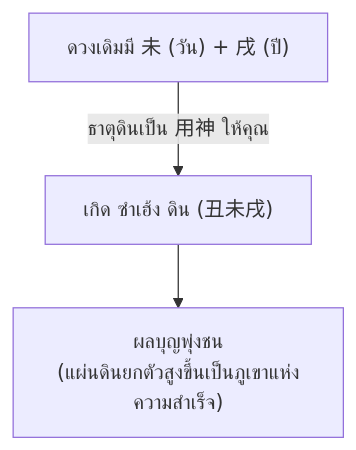
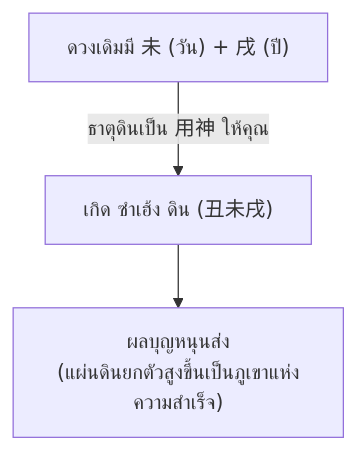
Before and after one commit to bumji-studio/BumjiOracle: the diagram in docs/bazi/case_studies/case_03_donald_trump.md, drawn with Mermaid. The commit also changed other lines of this file and 5 other files, not shown here.

````diff
--- a/docs/bazi/case_studies/case_03_donald_trump.md
+++ b/docs/bazi/case_studies/case_03_donald_trump.md
@@ -44,5 +44,5 @@
 ```mermaid
 graph TD
     A["ดวงเดิมมี 未 (วัน) + 戌 (ปี)"] -->|ธาตุดินเป็น 用神 ให้คุณ| B["เกิด ซำเฮ้ง ดิน (丑未戌)"]
-    B --> C["ผลบุญพุ่งชน<br/>(แผ่นดินยกตัวสูงขึ้นเป็นภูเขาแห่งความสำเร็จ)"]
+    B --> C["ผลบุญหนุนส่ง<br/>(แผ่นดินยกตัวสูงขึ้นเป็นภูเขาแห่งความสำเร็จ)"]
 ```
````
